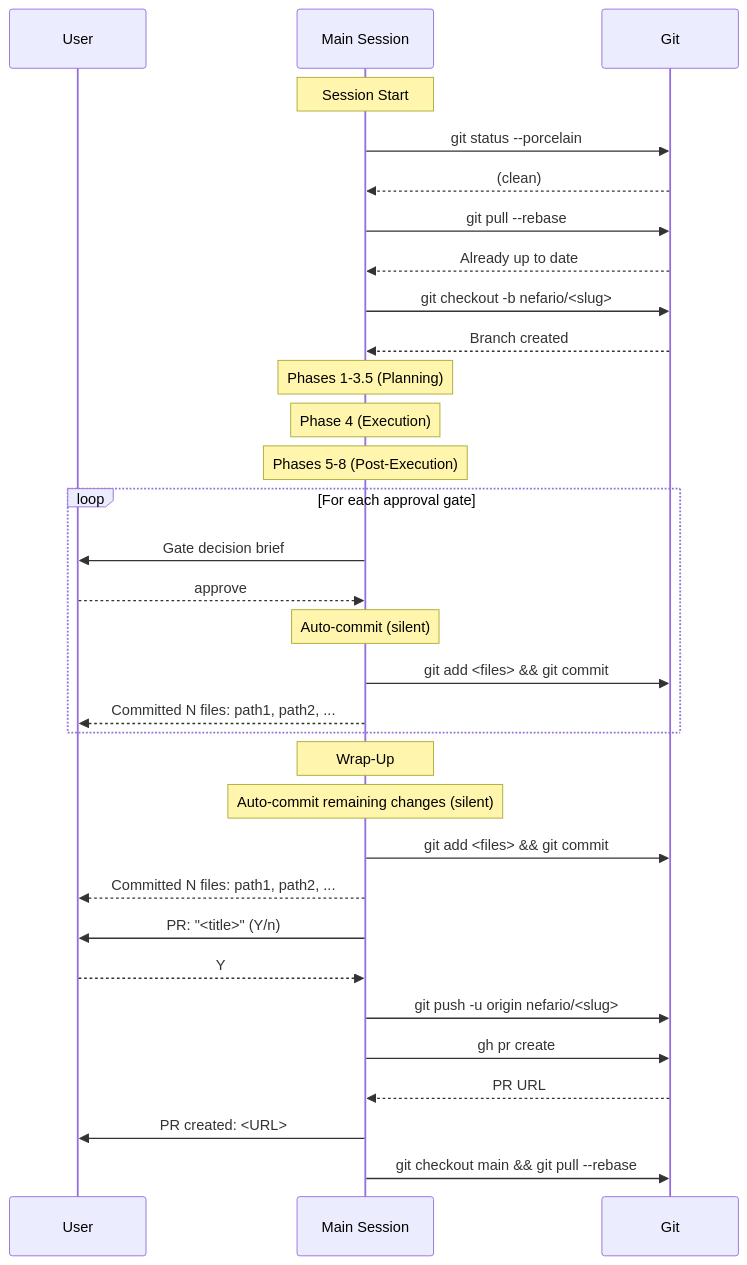
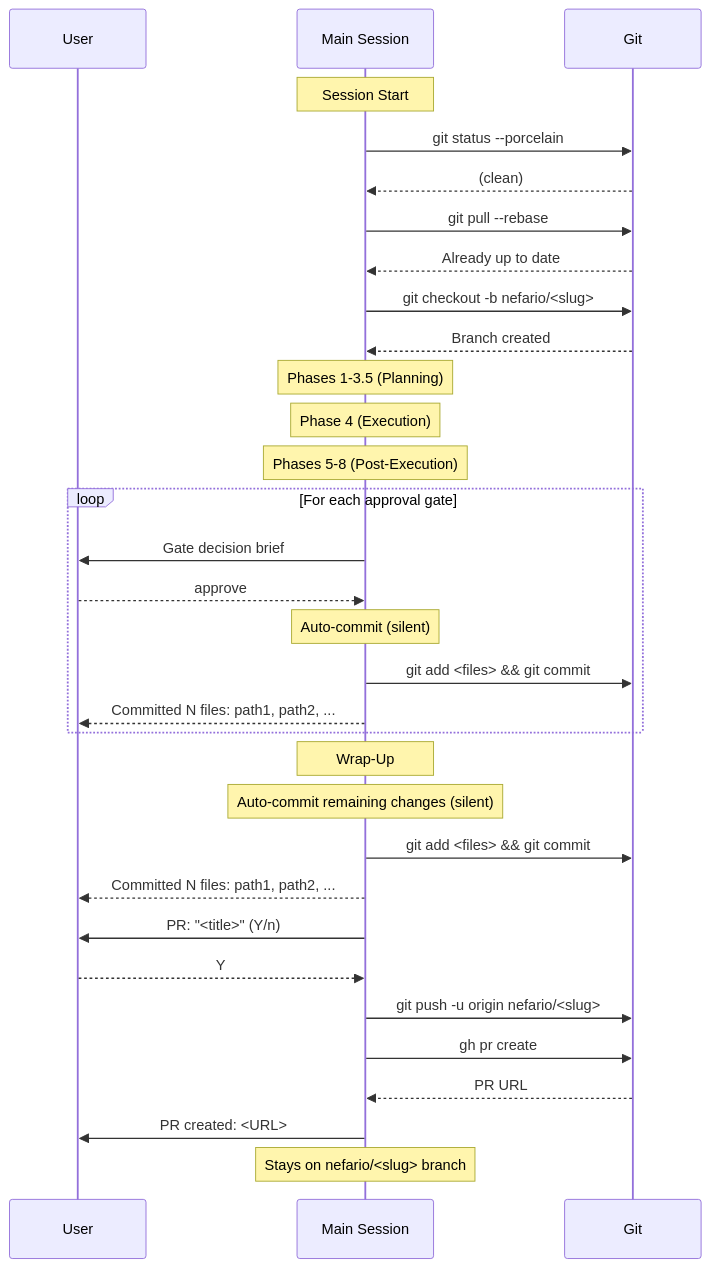
Before and after one commit to benpeter/despicable-agents: the first of 2 diagrams in docs/commit-workflow.md, drawn with Mermaid. The commit also changed other lines of this file and 2 other files, not shown here.

First line of the commit message:
feat(nefario): stay on feature branch after PR creation

````diff
--- a/docs/commit-workflow.md
+++ b/docs/commit-workflow.md
@@ -59,39 +56,39 @@
 ```mermaid
 sequenceDiagram
     participant User
     participant Main as Main Session
     participant Git
 
     Note over Main: Session Start
     Main->>Git: git status --porcelain
     Git-->>Main: (clean)
     Main->>Git: git pull --rebase
     Git-->>Main: Already up to date
     Main->>Git: git checkout -b nefario/<slug>
     Git-->>Main: Branch created
 
     Note over Main: Phases 1-3.5 (Planning)
     Note over Main: Phase 4 (Execution)
     Note over Main: Phases 5-8 (Post-Execution)
 
     loop For each approval gate
         Main->>User: Gate decision brief
         User-->>Main: approve
         Note over Main: Auto-commit (silent)
         Main->>Git: git add <files> && git commit
         Main-->>User: Committed N files: path1, path2, ...
     end
 
     Note over Main: Wrap-Up
     Note over Main: Auto-commit remaining changes (silent)
     Main->>Git: git add <files> && git commit
     Main-->>User: Committed N files: path1, path2, ...
 
     Main->>User: PR: "<title>" (Y/n)
     User-->>Main: Y
     Main->>Git: git push -u origin nefario/<slug>
     Main->>Git: gh pr create
     Git-->>Main: PR URL
     Main->>User: PR created: <URL>
-    Main->>Git: git checkout main && git pull --rebase
+    Note over Main: Stays on nefario/<slug> branch
 ```
````
